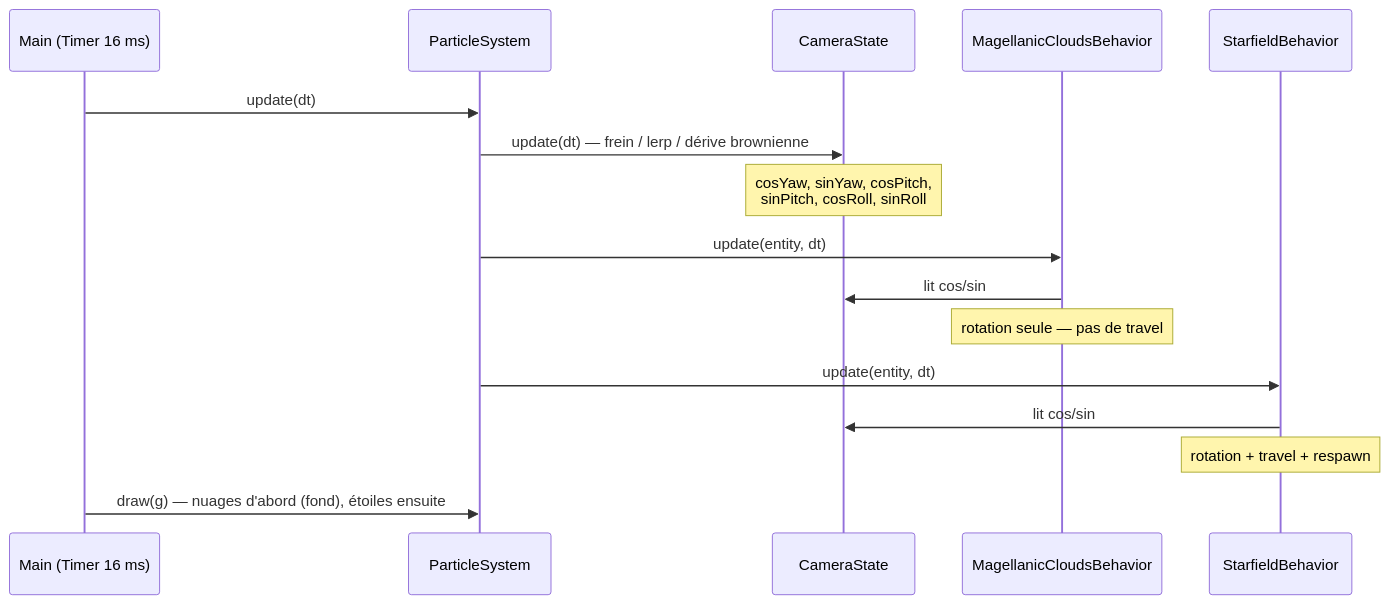
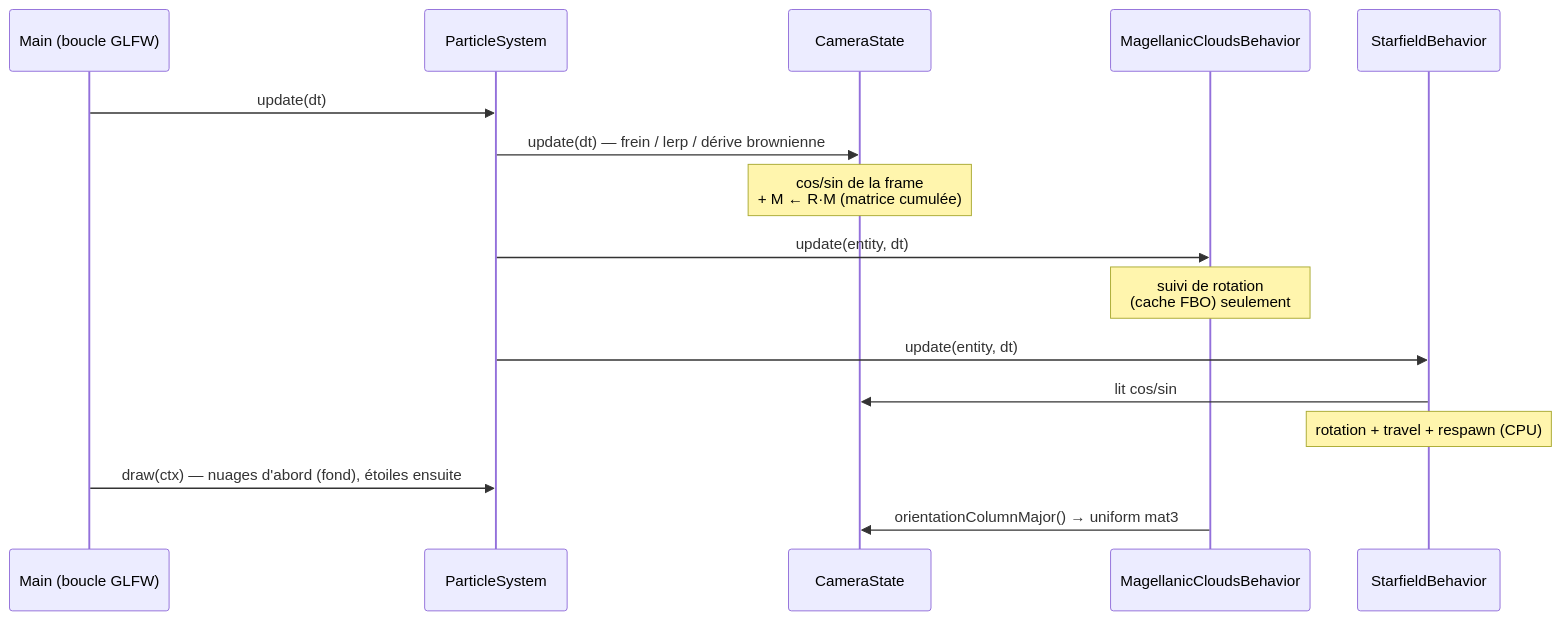
Before and after one commit to mcgivrer/demo001-arm64: the first of 3 diagrams in src/docs/11-magellanic-clouds.md, drawn with Mermaid. The commit also changed other lines of this file and 38 other files, not shown here.

````diff
--- a/src/docs/11-magellanic-clouds.md
+++ b/src/docs/11-magellanic-clouds.md
@@ -27,19 +28,19 @@
 ```mermaid
 sequenceDiagram
-    participant M as Main (Timer 16 ms)
+    participant M as Main (boucle GLFW)
     participant P as ParticleSystem
     participant C as CameraState
     participant N as MagellanicCloudsBehavior
     participant S as StarfieldBehavior
 
     M->>P: update(dt)
     P->>C: update(dt) — frein / lerp / dérive brownienne
-    Note over C: cosYaw, sinYaw, cosPitch,<br/>sinPitch, cosRoll, sinRoll
+    Note over C: cos/sin de la frame<br/>+ M ← R·M (matrice cumulée)
     P->>N: update(entity, dt)
-    N->>C: lit cos/sin
-    Note over N: rotation seule — pas de travel
+    Note over N: suivi de rotation<br/>(cache FBO) seulement
     P->>S: update(entity, dt)
     S->>C: lit cos/sin
-    Note over S: rotation + travel + respawn
-    M->>P: draw(g) — nuages d'abord (fond), étoiles ensuite
+    Note over S: rotation + travel + respawn (CPU)
+    M->>P: draw(ctx) — nuages d'abord (fond), étoiles ensuite
+    N->>C: orientationColumnMajor() → uniform mat3
 ```
````
